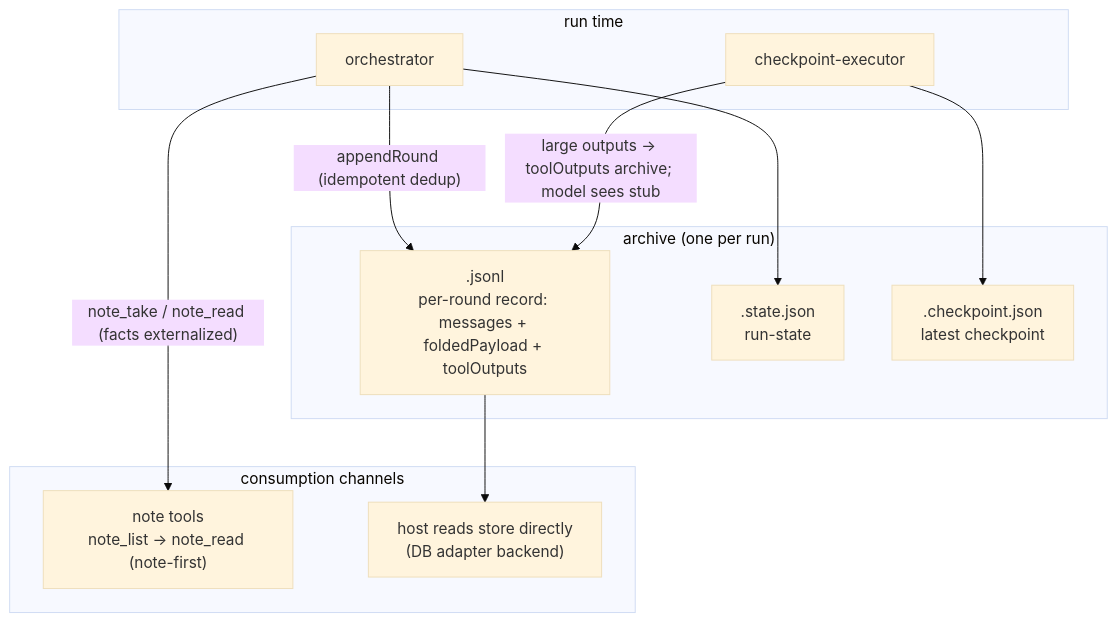
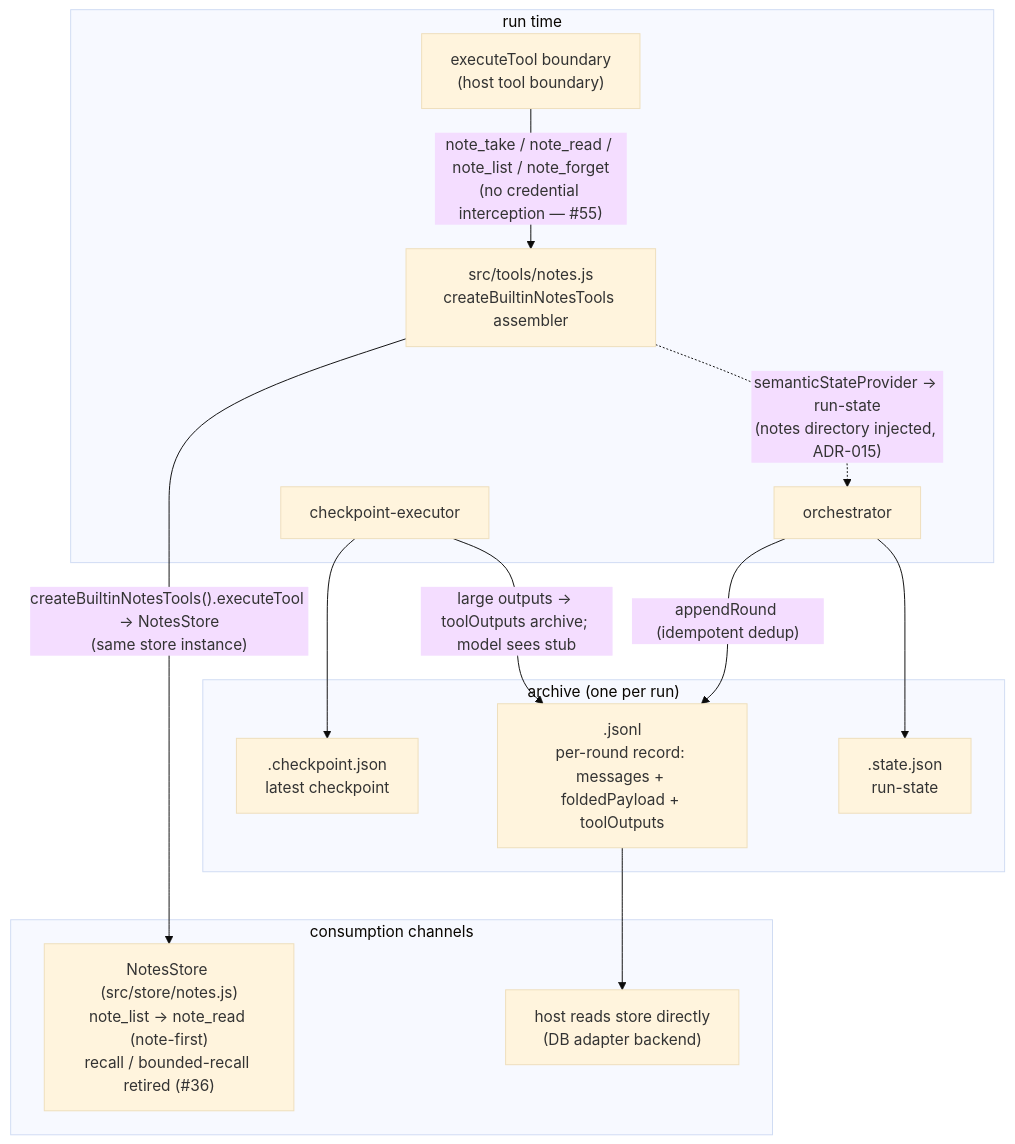
Before and after one commit to ErixWong/erix-agent: the fifth of 5 diagrams in docs/charts.md, drawn with Mermaid (base theme). The commit also changed other lines of this file and 3 other files, not shown here.

Commit message:
docs: charts 五图与实际架构对齐 (#57)

````diff
--- a/docs/charts.md
+++ b/docs/charts.md
@@ -375,25 +405,29 @@
 ```mermaid
 flowchart TB
     subgraph run["run time"]
         ORC2["orchestrator"]
         CPE2["checkpoint-executor"]
+        EXB["executeTool boundary<br/>(host tool boundary)"]
+        NASS["src/tools/notes.js<br/>createBuiltinNotesTools assembler"]
     end
 
     subgraph archive["archive (one per run)"]
         JSONL["<runId>.jsonl<br/>per-round record: messages + foldedPayload + toolOutputs"]
         ST["<runId>.state.json<br/>run-state"]
         CK["<runId>.checkpoint.json<br/>latest checkpoint"]
     end
 
     subgraph surfaces["consumption channels"]
-        NOTES["note tools<br/>note_list → note_read (note-first)"]
+        NOTES["NotesStore (src/store/notes.js)<br/>note_list → note_read (note-first)<br/>recall / bounded-recall retired (#36)"]
         HOST2["host reads store directly<br/>(DB adapter backend)"]
     end
 
     ORC2 -- "appendRound (idempotent dedup)" --> JSONL
-    ORC2 -- "note_take / note_read (facts externalized)" --> NOTES
     ORC2 --> ST
     CPE2 --> CK
     CPE2 -- "large outputs → toolOutputs archive; model sees stub" --> JSONL
+    EXB -- "note_take / note_read / note_list / note_forget<br/>(no credential interception — #55)" --> NASS
+    NASS -- "createBuiltinNotesTools().executeTool → NotesStore<br/>(same store instance)" --> NOTES
+    NASS -. "semanticStateProvider → run-state<br/>(notes directory injected, ADR-015)" .-> ORC2
     JSONL --> HOST2
 ```
````
